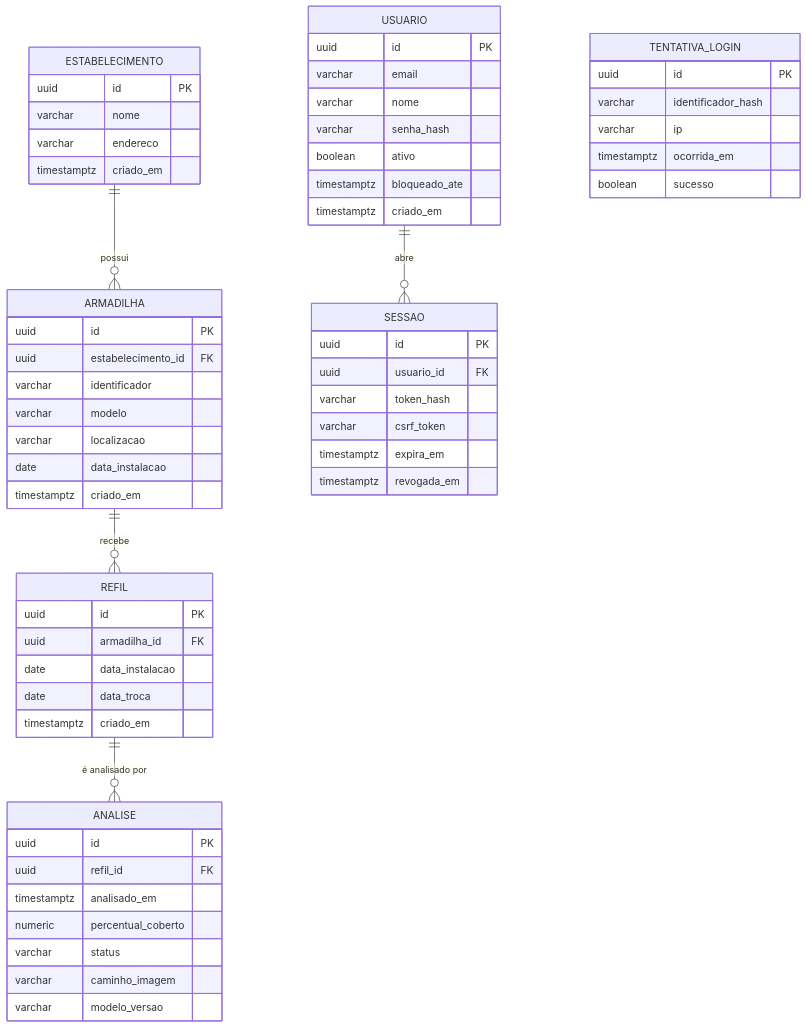
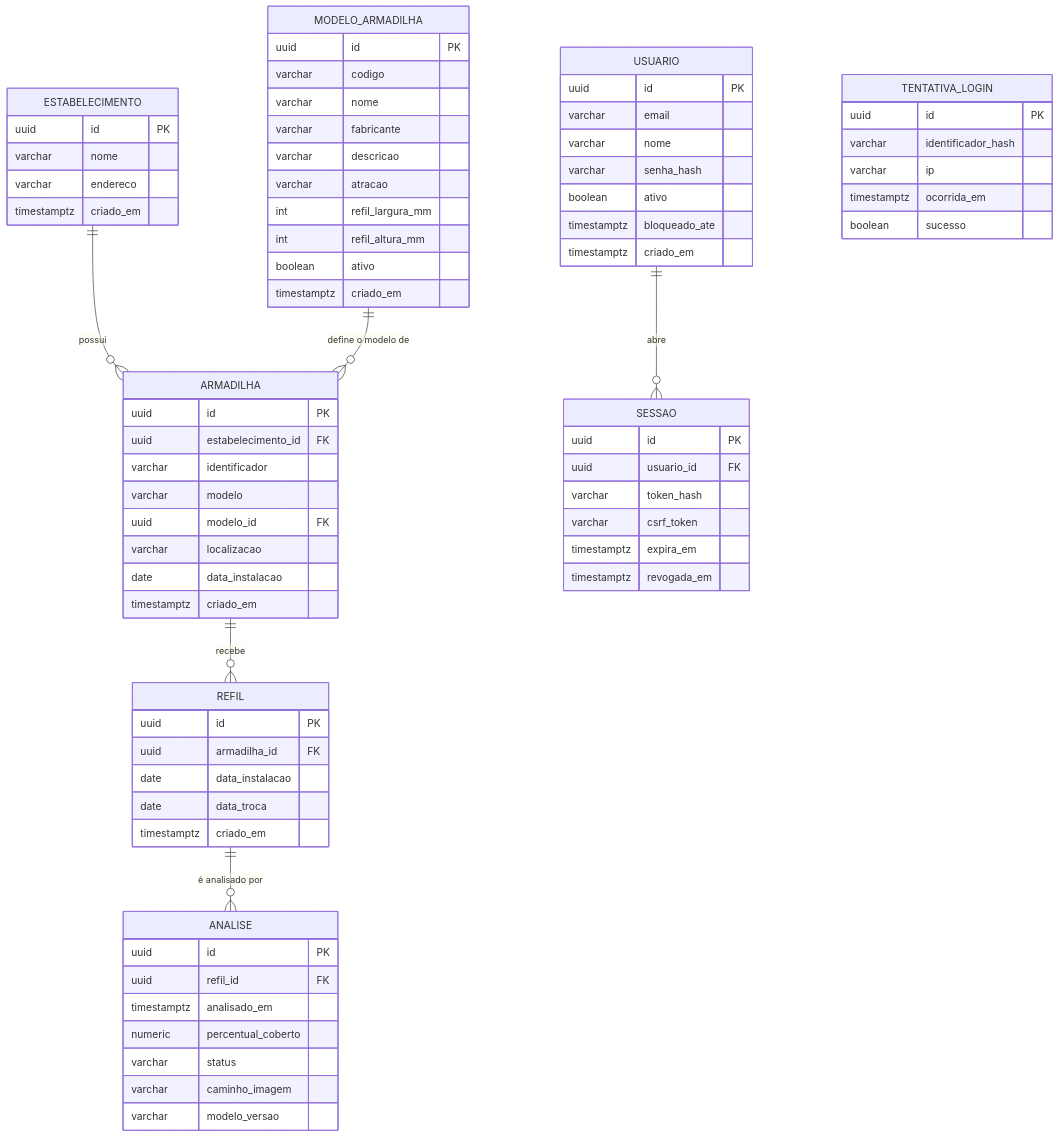
One commit to plfrancisco/trapsight-pi3 changed the diagram in .context/plan/data/data_model.md. Above: the diagram before and after it, drawn with Mermaid. The commit also changed other lines of this file and 1 other file, not shown here.

Commit message:
docs: descreve o catálogo de modelos de armadilha na API e no modelo de dados

````diff
--- a/.context/plan/data/data_model.md
+++ b/.context/plan/data/data_model.md
@@ -81,6 +81,7 @@
 ```mermaid
 erDiagram
     ESTABELECIMENTO ||--o{ ARMADILHA : "possui"
+    MODELO_ARMADILHA ||--o{ ARMADILHA : "define o modelo de"
     ARMADILHA ||--o{ REFIL : "recebe"
     REFIL ||--o{ ANALISE : "é analisado por"
     USUARIO ||--o{ SESSAO : "abre"
@@ -97,8 +98,22 @@
         uuid estabelecimento_id FK
         varchar identificador
         varchar modelo
+        uuid modelo_id FK
         varchar localizacao
         date data_instalacao
+        timestamptz criado_em
+    }
+
+    MODELO_ARMADILHA {
+        uuid id PK
+        varchar codigo
+        varchar nome
+        varchar fabricante
+        varchar descricao
+        varchar atracao
+        int refil_largura_mm
+        int refil_altura_mm
+        boolean ativo
         timestamptz criado_em
     }
 
````
